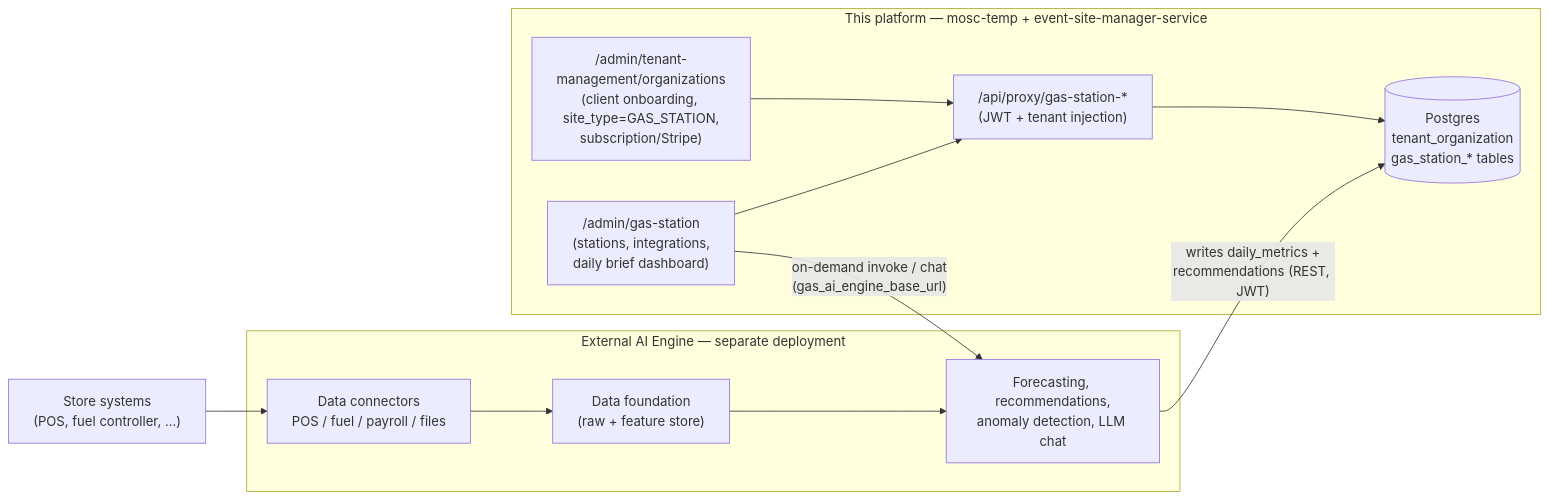
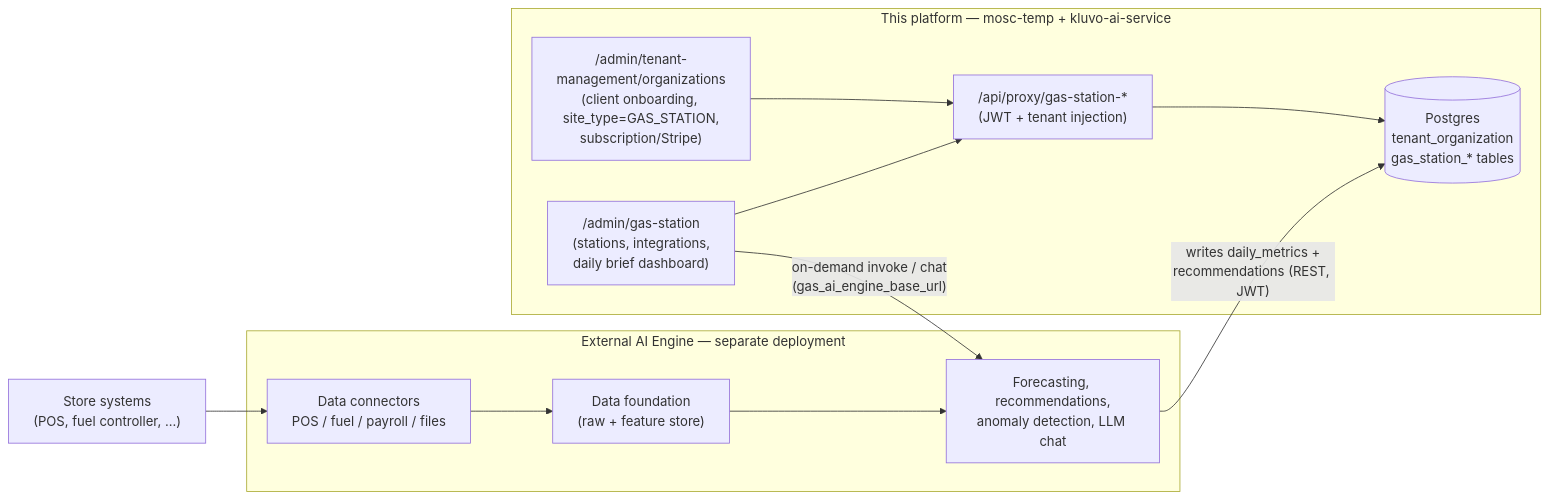
The diagram in documentation/tenant_management/gas_station_site/gas_station_site_feasibility.md (giventadevelop/event-site-front-end-test-site), drawn with Mermaid before and after one commit. The commit also changed other lines of this file and 94 other files, not shown here.

````diff
--- a/documentation/tenant_management/gas_station_site/gas_station_site_feasibility.md
+++ b/documentation/tenant_management/gas_station_site/gas_station_site_feasibility.md
@@ -45,20 +45,20 @@
 ```mermaid
 flowchart LR
-  subgraph platform [This platform — mosc-temp + event-site-manager-service]
+  subgraph platform [This platform — mosc-temp + kluvo-ai-service]
     Admin["/admin/tenant-management/organizations\n(client onboarding, site_type=GAS_STATION,\nsubscription/Stripe)"]
     Dash["/admin/gas-station\n(stations, integrations,\ndaily brief dashboard)"]
     Proxy["/api/proxy/gas-station-*\n(JWT + tenant injection)"]
     DB[("Postgres\ntenant_organization\ngas_station_* tables")]
     Admin --> Proxy --> DB
     Dash --> Proxy
   end
   subgraph engine [External AI Engine — separate deployment]
     Connectors["Data connectors\nPOS / fuel / payroll / files"]
     Foundation["Data foundation\n(raw + feature store)"]
     Models["Forecasting, recommendations,\nanomaly detection, LLM chat"]
     Connectors --> Foundation --> Models
   end
   Stores["Store systems\n(POS, fuel controller, ...)"] --> Connectors
   Models -- "writes daily_metrics +\nrecommendations (REST, JWT)" --> DB
   Dash -- "on-demand invoke / chat\n(gas_ai_engine_base_url)" --> Models
 ```
````
